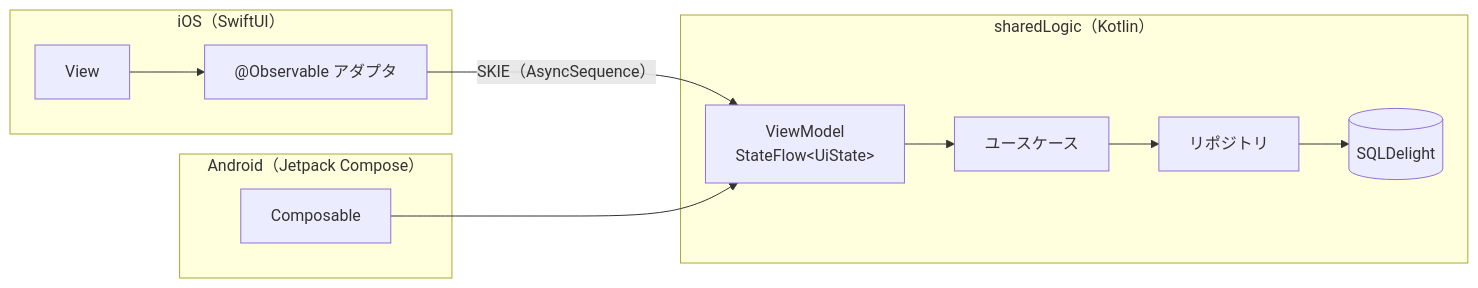
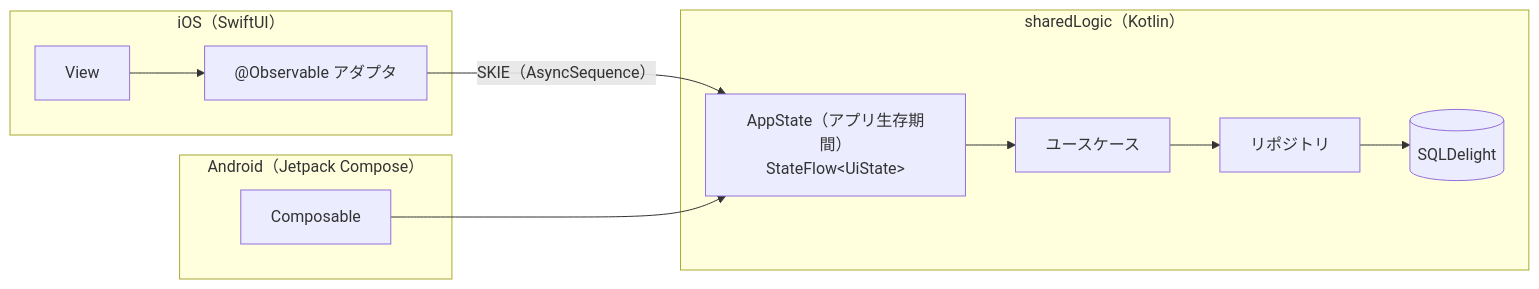
One commit to mktkhr/Moneging changed the diagram in docs/handbook/architecture.md. Above: the diagram before and after it, drawn with Mermaid. The commit also changed other lines of this file and 9 other files, not shown here.

````diff
--- a/docs/handbook/architecture.md
+++ b/docs/handbook/architecture.md
@@ -7,16 +7,16 @@
 ```mermaid
 flowchart LR
     subgraph iOS["iOS（SwiftUI）"]
         V1[View] --> A1["@Observable アダプタ"]
     end
     subgraph Android["Android（Jetpack Compose）"]
         V2[Composable]
     end
     subgraph shared["sharedLogic（Kotlin）"]
-        VM["ViewModel\nStateFlow&lt;UiState&gt;"] --> UC[ユースケース]
+        VM["AppState（アプリ生存期間）\nStateFlow&lt;UiState&gt;"] --> UC[ユースケース]
         UC --> R[リポジトリ]
         R --> DB[(SQLDelight)]
     end
     A1 -- "SKIE（AsyncSequence）" --> VM
     V2 --> VM
 ```
````
